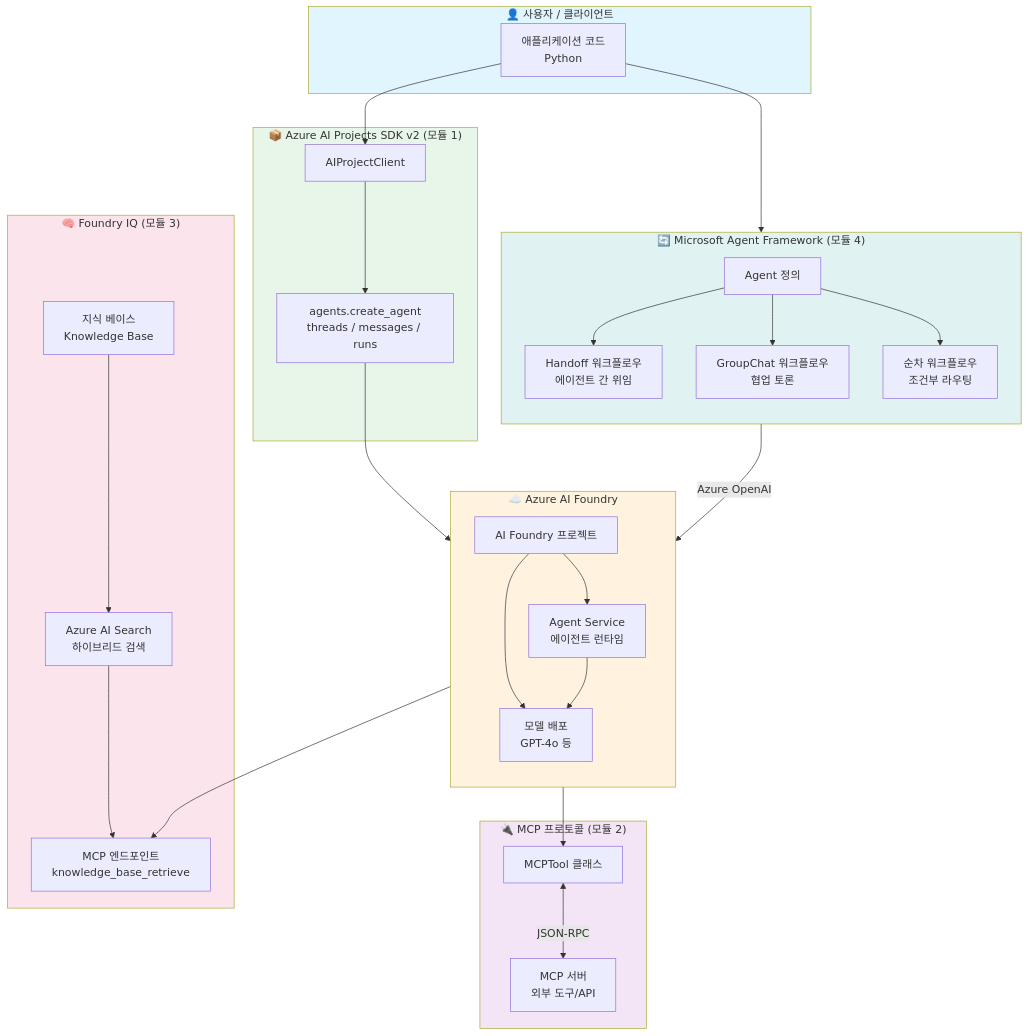
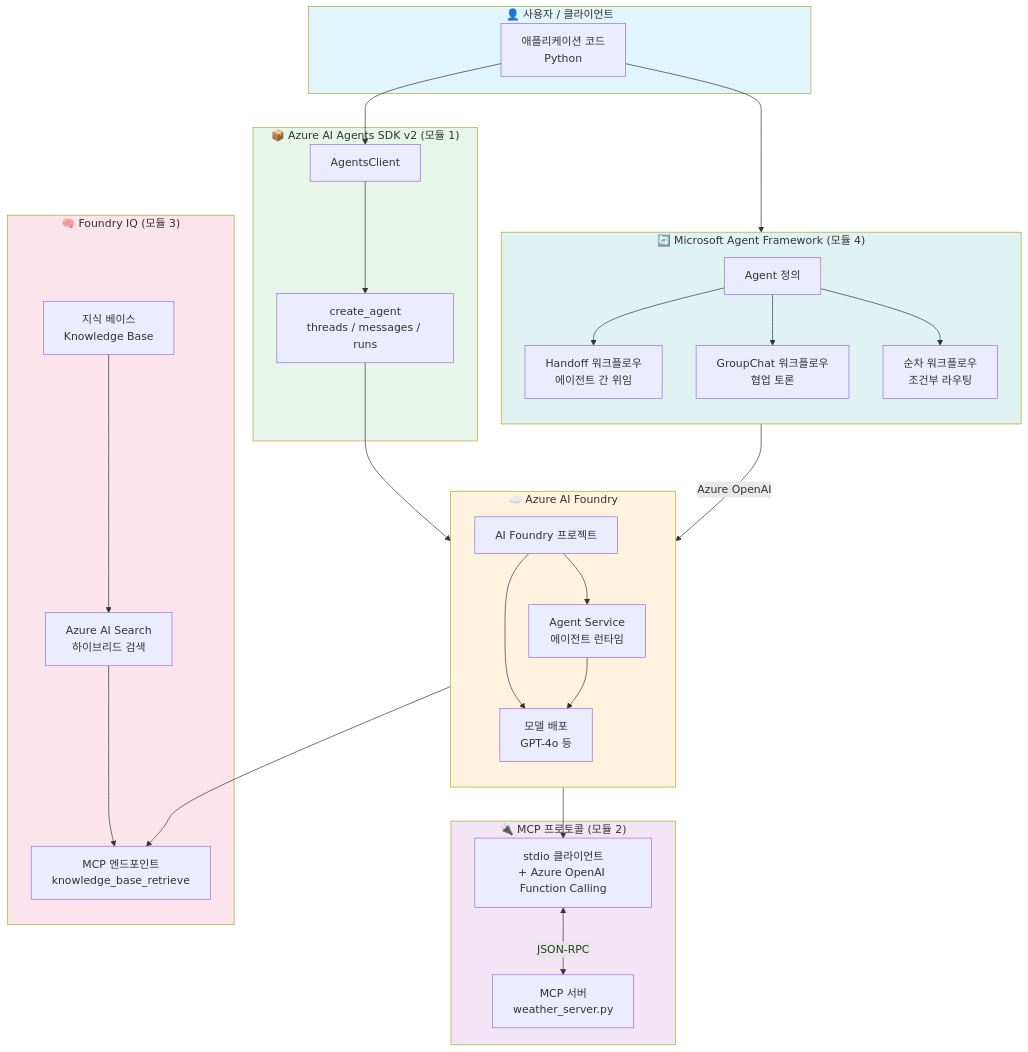
Before and after one commit to junwoojeong100/copilot-cli-foundry-agents: the first of 5 diagrams in docs/architecture.md, drawn with Mermaid. The commit also changed other lines of this file and 11 other files, not shown here.

````diff
--- a/docs/architecture.md
+++ b/docs/architecture.md
@@ -7,63 +7,63 @@
 ```mermaid
 graph TB
     subgraph User["👤 사용자 / 클라이언트"]
         APP[애플리케이션 코드<br/>Python]
     end
 
     subgraph Foundry["☁️ Azure AI Foundry"]
         direction TB
         PROJECT[AI Foundry 프로젝트]
         AGENT_SERVICE[Agent Service<br/>에이전트 런타임]
         MODEL[모델 배포<br/>GPT-4o 등]
         
         PROJECT --> AGENT_SERVICE
         PROJECT --> MODEL
         AGENT_SERVICE --> MODEL
     end
 
-    subgraph SDK["📦 Azure AI Projects SDK v2 (모듈 1)"]
-        CLIENT[AIProjectClient]
-        AGENT_API[agents.create_agent<br/>threads / messages / runs]
+    subgraph SDK["📦 Azure AI Agents SDK v2 (모듈 1)"]
+        CLIENT[AgentsClient]
+        AGENT_API[create_agent<br/>threads / messages / runs]
         CLIENT --> AGENT_API
     end
 
     subgraph MCP_Layer["🔌 MCP 프로토콜 (모듈 2)"]
-        MCP_TOOL[MCPTool 클래스]
-        MCP_SERVER[MCP 서버<br/>외부 도구/API]
-        MCP_TOOL <-->|JSON-RPC| MCP_SERVER
+        MCP_CLIENT[stdio 클라이언트<br/>+ Azure OpenAI Function Calling]
+        MCP_SERVER[MCP 서버<br/>weather_server.py]
+        MCP_CLIENT <-->|JSON-RPC| MCP_SERVER
     end
 
     subgraph IQ["🧠 Foundry IQ (모듈 3)"]
         KB[지식 베이스<br/>Knowledge Base]
         SEARCH[Azure AI Search<br/>하이브리드 검색]
         MCP_KB[MCP 엔드포인트<br/>knowledge_base_retrieve]
         KB --> SEARCH
         SEARCH --> MCP_KB
     end
 
     subgraph MAF["🔄 Microsoft Agent Framework (모듈 4)"]
         direction TB
         AF_AGENT[Agent 정의]
         HANDOFF[Handoff 워크플로우<br/>에이전트 간 위임]
         GROUPCHAT[GroupChat 워크플로우<br/>협업 토론]
         GRAPH[순차 워크플로우<br/>조건부 라우팅]
         
         AF_AGENT --> HANDOFF
         AF_AGENT --> GROUPCHAT
         AF_AGENT --> GRAPH
     end
 
     APP --> CLIENT
     APP --> AF_AGENT
     AGENT_API --> AGENT_SERVICE
-    AGENT_SERVICE --> MCP_TOOL
+    AGENT_SERVICE --> MCP_CLIENT
     AGENT_SERVICE --> MCP_KB
     MAF -->|Azure OpenAI| MODEL
 
     style User fill:#e1f5fe
     style Foundry fill:#fff3e0
     style SDK fill:#e8f5e9
     style MCP_Layer fill:#f3e5f5
     style IQ fill:#fce4ec
     style MAF fill:#e0f2f1
 ```
````
